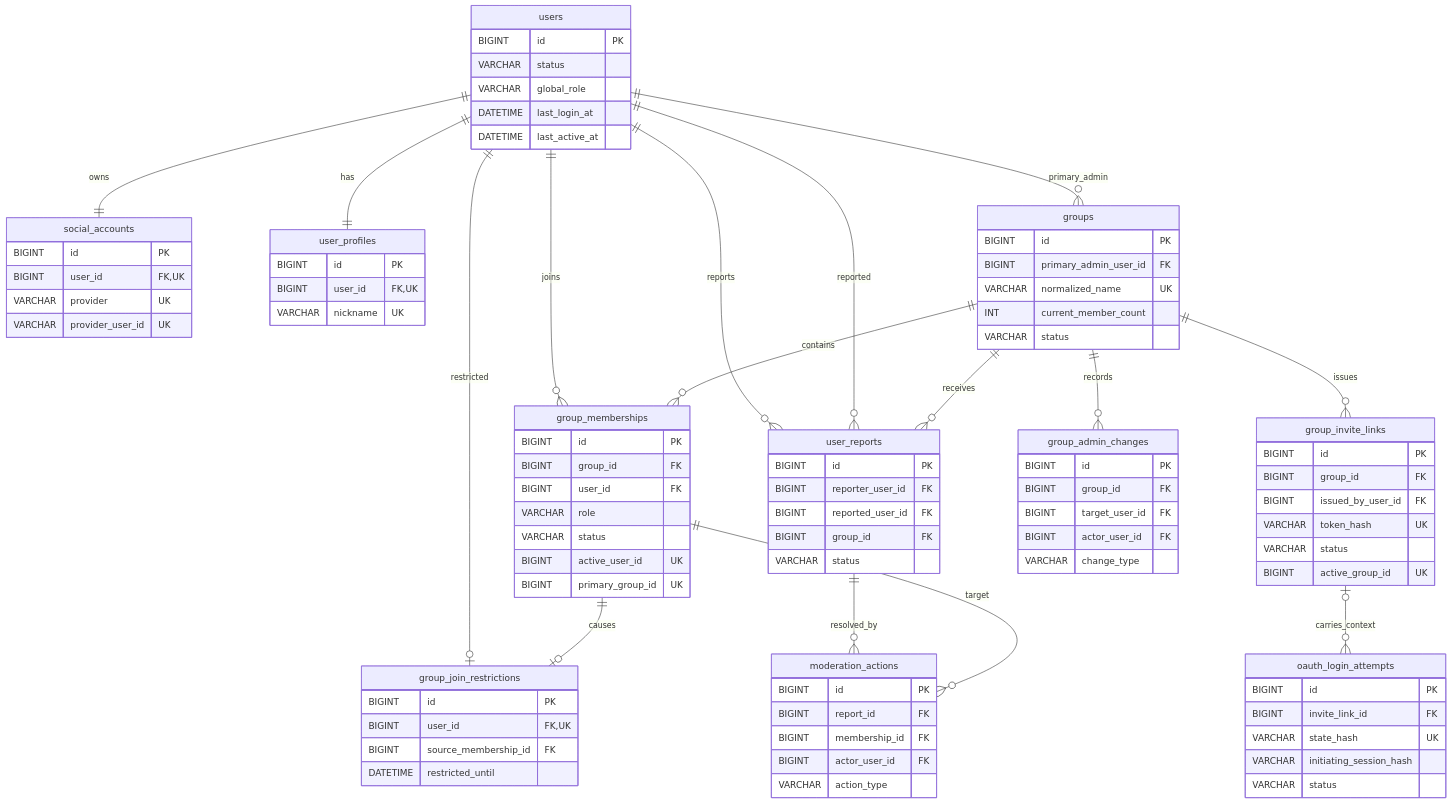
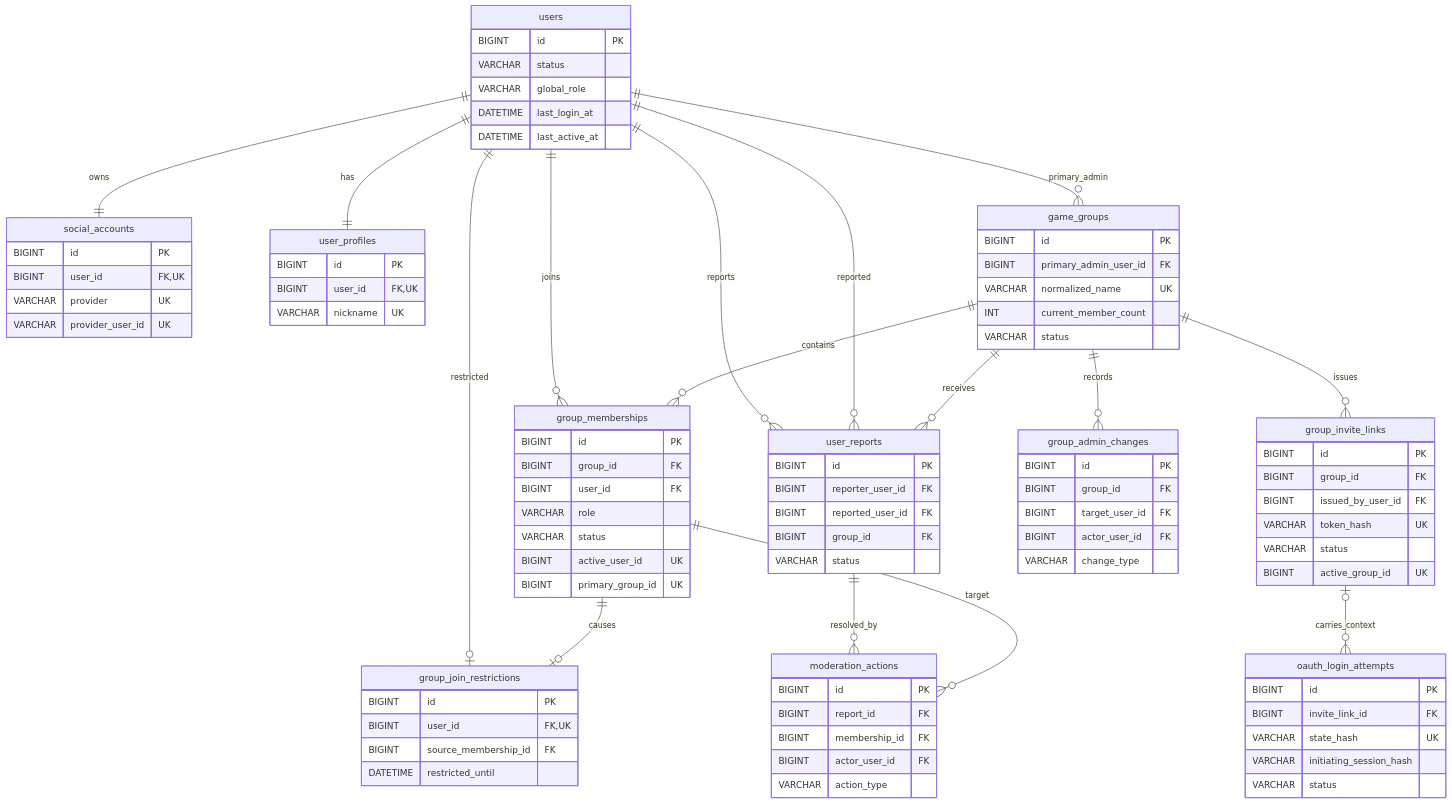
Before and after one commit to heebaek200/shared-creature-game: the first of 5 diagrams in docs/database-design.md, drawn with Mermaid. The commit also changed other lines of this file and 148 other files, not shown here.

````diff
--- a/docs/database-design.md
+++ b/docs/database-design.md
@@ -118,7 +118,7 @@
         VARCHAR initiating_session_hash
         VARCHAR status
     }
-    groups {
+    game_groups {
         BIGINT id PK
         BIGINT primary_admin_user_id FK
         VARCHAR normalized_name UK
@@ -173,16 +173,16 @@
     users ||--|| social_accounts : owns
     users ||--|| user_profiles : has
     users ||--o{ group_memberships : joins
-    groups ||--o{ group_memberships : contains
-    users ||--o{ groups : primary_admin
-    groups ||--o{ group_invite_links : issues
+    game_groups ||--o{ group_memberships : contains
+    users ||--o{ game_groups : primary_admin
+    game_groups ||--o{ group_invite_links : issues
     group_invite_links o|--o{ oauth_login_attempts : carries_context
     users ||--o| group_join_restrictions : restricted
     group_memberships ||--o| group_join_restrictions : causes
     users ||--o{ user_reports : reports
     users ||--o{ user_reports : reported
-    groups ||--o{ user_reports : receives
+    game_groups ||--o{ user_reports : receives
     user_reports ||--o{ moderation_actions : resolved_by
     group_memberships ||--o{ moderation_actions : target
-    groups ||--o{ group_admin_changes : records
+    game_groups ||--o{ group_admin_changes : records
 ```
````
